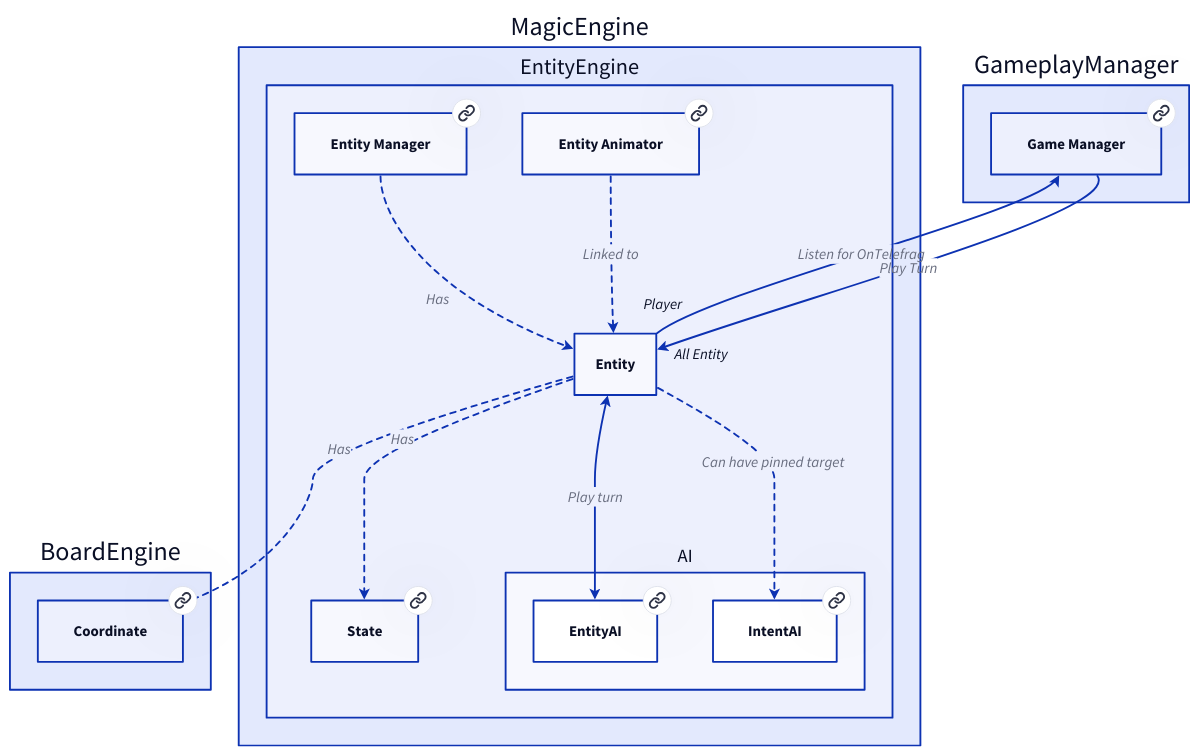
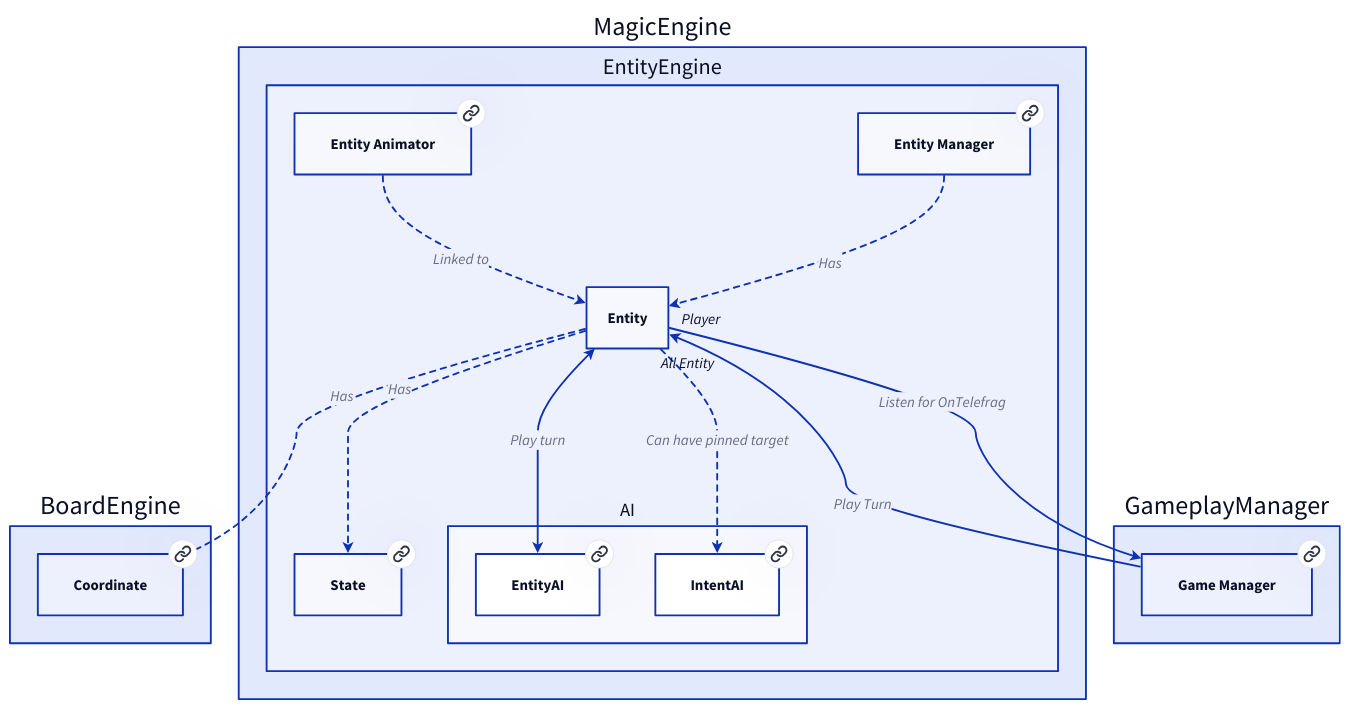
One commit to Portevent/Brume-Documentation changed the diagram in doc/graphs/d2/Entity.d2. Above: the diagram before and after it, drawn with D2. The commit also changed other lines of this file and 128 other files, not shown here.

```diff
--- a/doc/graphs/d2/Entity.d2
+++ b/doc/graphs/d2/Entity.d2
@@ -1,66 +1,66 @@
 # Nodes :
 BoardEngine: {
     Coordinate: Coordinate {
        link: Coordinate
+    }
+}
+MagicEngine: {
+    EntityEngine: {
+        EntityManager: Entity Manager {
+           link: EntityManager
+        }
+        EntityAnimator: Entity Animator {
+           link: EntityAnimator
+        }
+        State: State {
+           link: State
+        }
+        AI: {
+            EntityAI: EntityAI {
+               link: EntityAI
+            }
+            IntentAI: IntentAI {
+               link: IntentAI
+            }
+        }
     }
 }
 GameplayManager: {
     GameManager: Game Manager {
        link: GameManager
     }
 }
-MagicEngine: {
-    EntityEngine: {
-        EntityManager: Entity Manager {
-           link: EntityManager
-        }
-        AI: {
-            IntentAI: IntentAI {
-               link: IntentAI
-            }
-            EntityAI: EntityAI {
-               link: EntityAI
-            }
-        }
-        EntityAnimator: Entity Animator {
-           link: EntityAnimator
-        }
-        State: State {
-           link: State
-        }
-    }
-}
 
 # Links :
-MagicEngine.EntityEngine.Entity -> GameplayManager.GameManager: Listen for OnTelefrag {
-source-arrowhead: Player{}
-target-arrowhead: {shape: arrow}
-}
-GameplayManager.GameManager -> MagicEngine.EntityEngine.Entity: Play Turn {
-source-arrowhead: {}
-target-arrowhead: All Entity{shape: arrow}
-}
 MagicEngine.EntityEngine.EntityManager -> MagicEngine.EntityEngine.Entity: Has {style.stroke-dash: 3
 source-arrowhead: {}
 target-arrowhead: {shape: arrow}
 }
-MagicEngine.EntityEngine.Entity -> MagicEngine.EntityEngine.AI.IntentAI: Can have pinned target {style.stroke-dash: 3
+MagicEngine.EntityEngine.EntityAnimator -> MagicEngine.EntityEngine.Entity: Linked to {style.stroke-dash: 3
 source-arrowhead: {}
 target-arrowhead: {shape: arrow}
 }
-MagicEngine.EntityEngine.EntityAnimator -> MagicEngine.EntityEngine.Entity: Linked to {style.stroke-dash: 3
+MagicEngine.EntityEngine.Entity -> MagicEngine.EntityEngine.AI.IntentAI: Can have pinned target {style.stroke-dash: 3
 source-arrowhead: {}
 target-arrowhead: {shape: arrow}
 }
 MagicEngine.EntityEngine.Entity <-> MagicEngine.EntityEngine.AI.EntityAI: Play turn {
 source-arrowhead: {shape: arrow}
 target-arrowhead: {shape: arrow}
 }
 MagicEngine.EntityEngine.Entity -> MagicEngine.EntityEngine.State: Has {style.stroke-dash: 3
 source-arrowhead: {}
 target-arrowhead: {shape: arrow}
 }
 MagicEngine.EntityEngine.Entity -> BoardEngine.Coordinate: Has {style.stroke-dash: 3
 source-arrowhead: {}
 target-arrowhead: {shape: arrow}
 }
+MagicEngine.EntityEngine.Entity -> GameplayManager.GameManager: Listen for OnTelefrag {
+source-arrowhead: Player{}
+target-arrowhead: {shape: arrow}
+}
+GameplayManager.GameManager -> MagicEngine.EntityEngine.Entity: Play Turn {
+source-arrowhead: {}
+target-arrowhead: All Entity{shape: arrow}
+}
```
